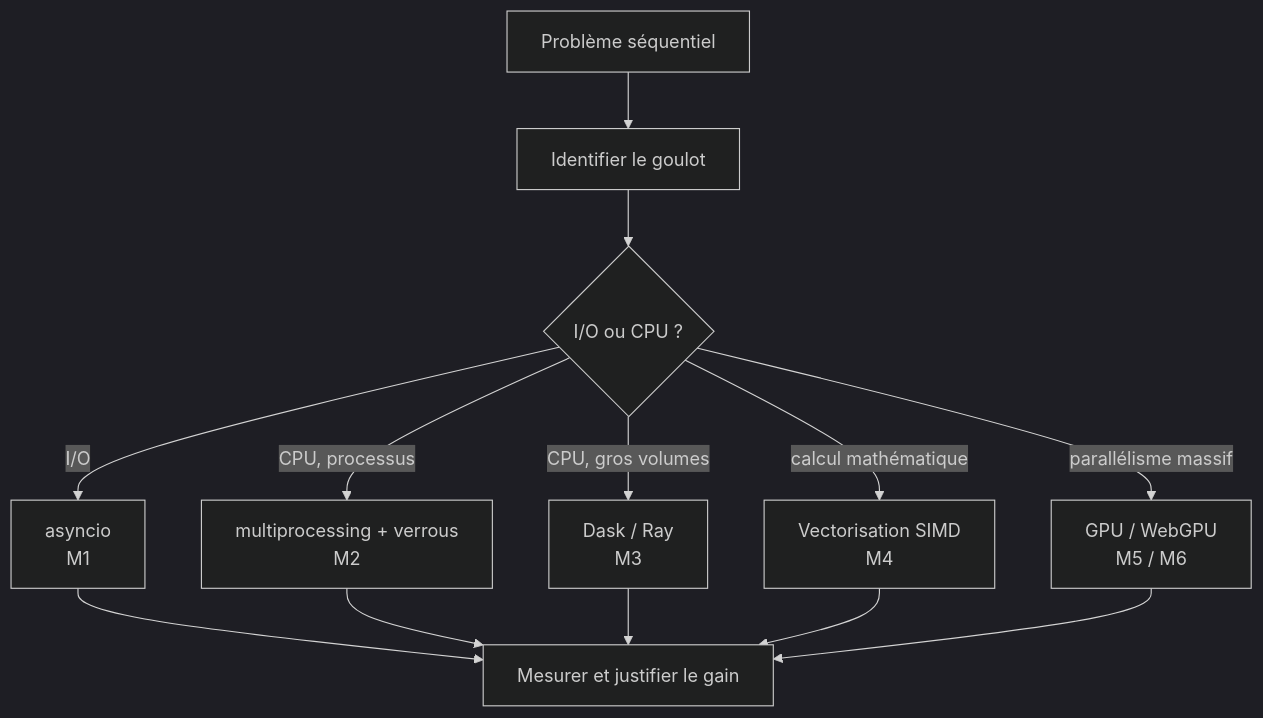
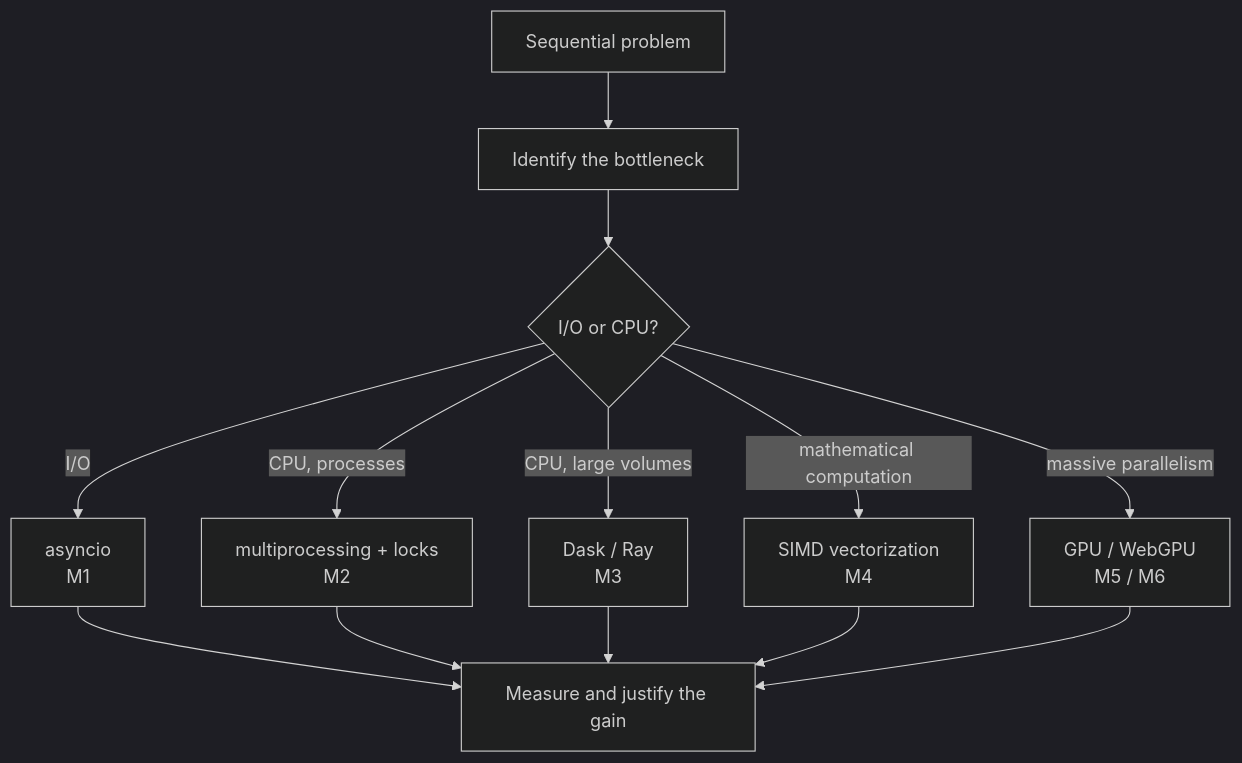
One commit to fradav/miashs-2026-2027-advanced-programming changed the diagram in summary.qmd. Above: the diagram before and after it, drawn with Mermaid (dark theme). The commit also changed other lines of this file and 41 other files, not shown here.

````diff
--- a/summary.qmd
+++ b/summary.qmd
@@ -15,15 +15,15 @@
 ```mermaid
 flowchart TD
-    A[Problème séquentiel] --> B[Identifier le goulot]
-    B --> C{I/O ou CPU ?}
+    A[Sequential problem] --> B[Identify the bottleneck]
+    B --> C{I/O or CPU?}
     C -->|I/O| D[asyncio<br>M1]
-    C -->|CPU, processus| E[multiprocessing + verrous<br>M2]
-    C -->|CPU, gros volumes| F[Dask / Ray<br>M3]
-    C -->|calcul mathématique| G[Vectorisation SIMD<br>M4]
-    C -->|parallélisme massif| H[GPU / WebGPU<br>M5 / M6]
-    D --> I[Mesurer et justifier le gain]
+    C -->|CPU, processes| E[multiprocessing + locks<br>M2]
+    C -->|CPU, large volumes| F[Dask / Ray<br>M3]
+    C -->|mathematical computation| G[SIMD vectorization<br>M4]
+    C -->|massive parallelism| H[GPU / WebGPU<br>M5 / M6]
+    D --> I[Measure and justify the gain]
     E --> I
     F --> I
     G --> I
     H --> I
 ```
````
